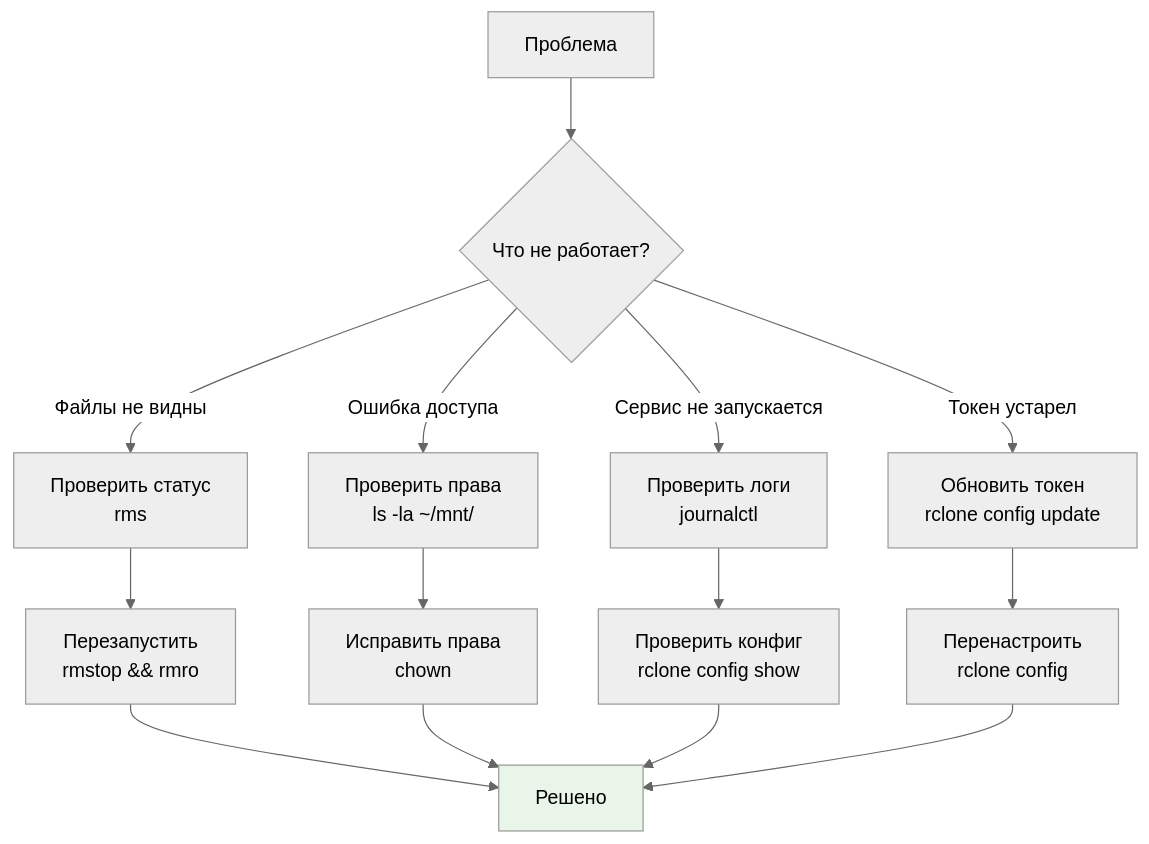
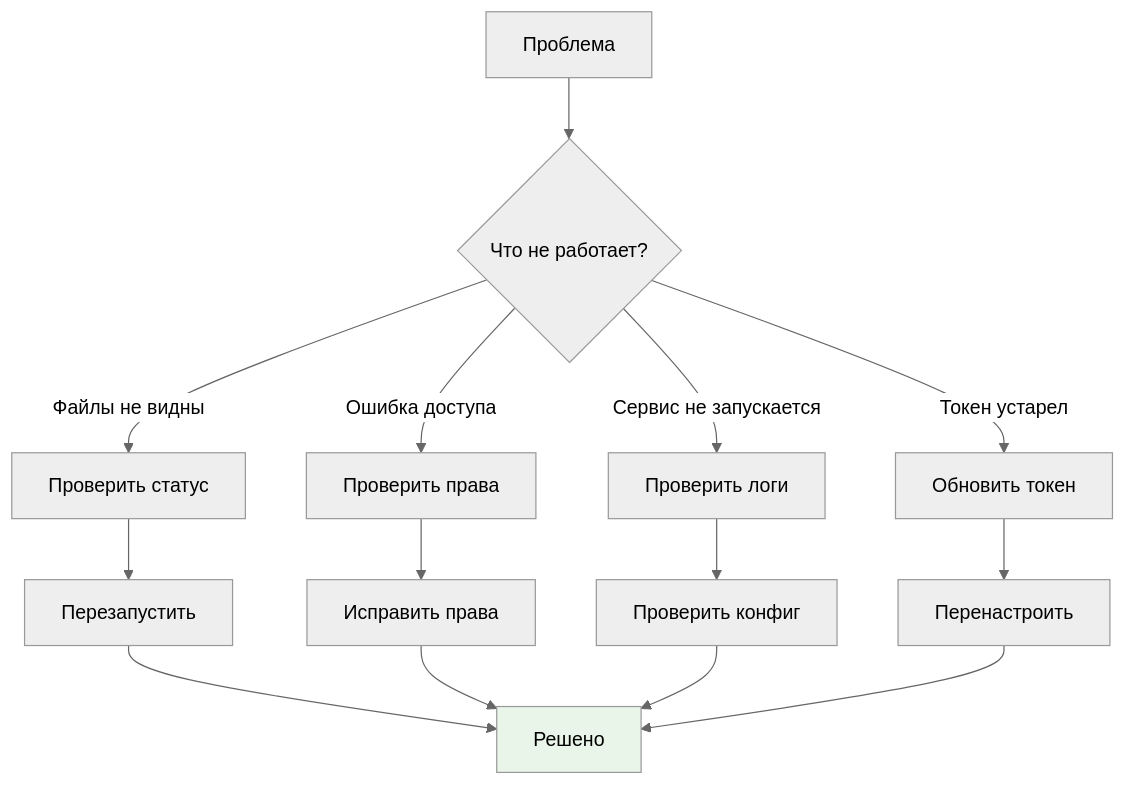
Before and after one commit to medphisiker/rclone-manager: the ninth of 9 diagrams in docs/Диаграммы.md, drawn with Mermaid (neutral theme). The commit also changed other lines of this file, not shown here.

First line of the commit message:
docs: добавить диаграммы для Rclone Manager

````diff
--- a/docs/Диаграммы.md
+++ b/docs/Диаграммы.md
@@ -246,21 +178,21 @@
 ```mermaid
 graph TD
     A[Проблема] --> B{Что не работает?}
     
-    B -->|Файлы не видны| C[Проверить статус<br/>rms]
-    B -->|Ошибка доступа| D[Проверить права<br/>ls -la ~/mnt/]
-    B -->|Сервис не запускается| E[Проверить логи<br/>journalctl]
-    B -->|Токен устарел| F[Обновить токен<br/>rclone config update]
+    B -->|Файлы не видны| C[Проверить статус]
+    B -->|Ошибка доступа| D[Проверить права]
+    B -->|Сервис не запускается| E[Проверить логи]
+    B -->|Токен устарел| F[Обновить токен]
     
-    C --> G[Перезапустить<br/>rmstop && rmro]
-    D --> H[Исправить права<br/>chown]
-    E --> I[Проверить конфиг<br/>rclone config show]
-    F --> J[Перенастроить<br/>rclone config]
+    C --> G[Перезапустить]
+    D --> H[Исправить права]
+    E --> I[Проверить конфиг]
+    F --> J[Перенастроить]
     
     G --> K[Решено]
     H --> K
     I --> K
     J --> K
     
     style K fill:#e8f5e8
 ```
````
